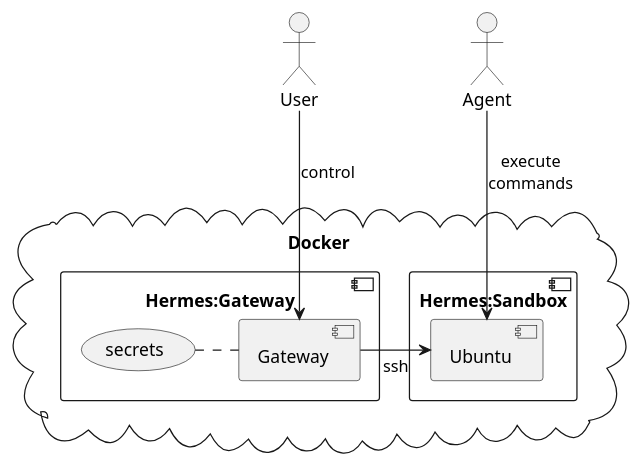
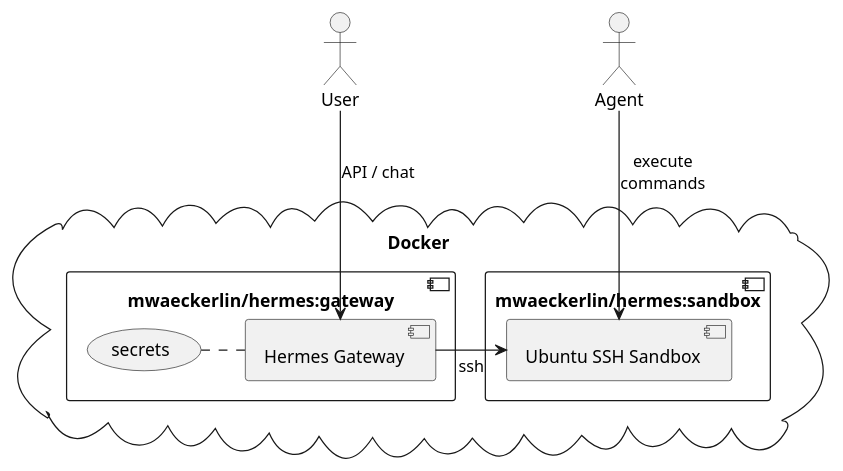
One commit to mwaeckerlin/hermes changed the first of 2 diagrams in README.md. Above: the diagram before and after it, drawn with PlantUML. The commit also changed other lines of this file and 9 other files, not shown here.

First line of the commit message:
fix: replace all fabricated config with real nousresearch/hermes-agent implementation

````diff
--- a/README.md
+++ b/README.md
@@ -18,15 +22,15 @@
 ```plantuml
 @startuml overview
 cloud Docker {
-  component [Hermes:Gateway] {
-    (secrets) . [Gateway]
+  component "mwaeckerlin/hermes:gateway" {
+    (secrets) . [Hermes Gateway]
   }
-  component [Hermes:Sandbox] {
-    [Ubuntu]
+  component "mwaeckerlin/hermes:sandbox" {
+    [Ubuntu SSH Sandbox]
   }
 }
-:User: --> [Gateway] : control
-:Agent: --> [Ubuntu] : execute\ncommands
-[Gateway] -> [Ubuntu] : ssh
+:User: --> [Hermes Gateway] : API / chat
+[Hermes Gateway] -> [Ubuntu SSH Sandbox] : ssh
+:Agent: --> [Ubuntu SSH Sandbox] : execute\ncommands
 @enduml
 ```
````
